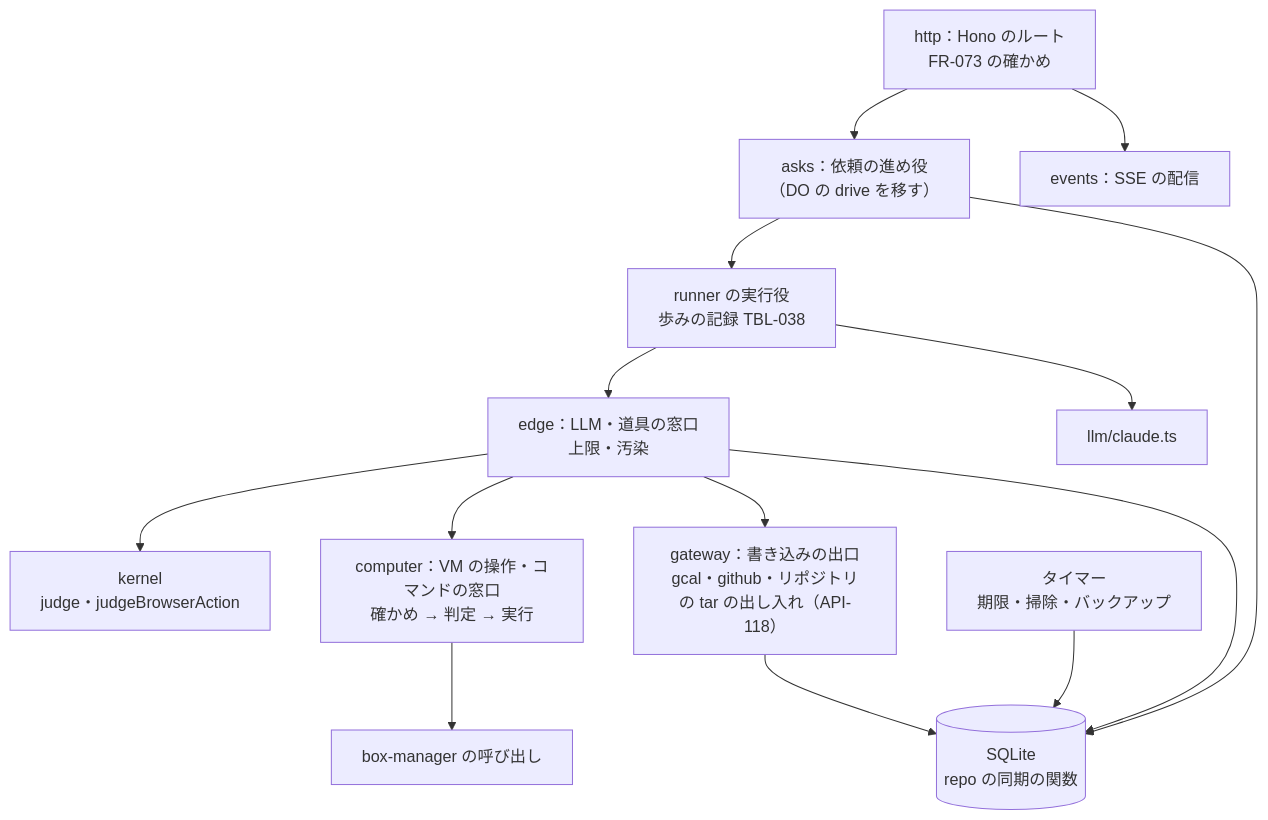
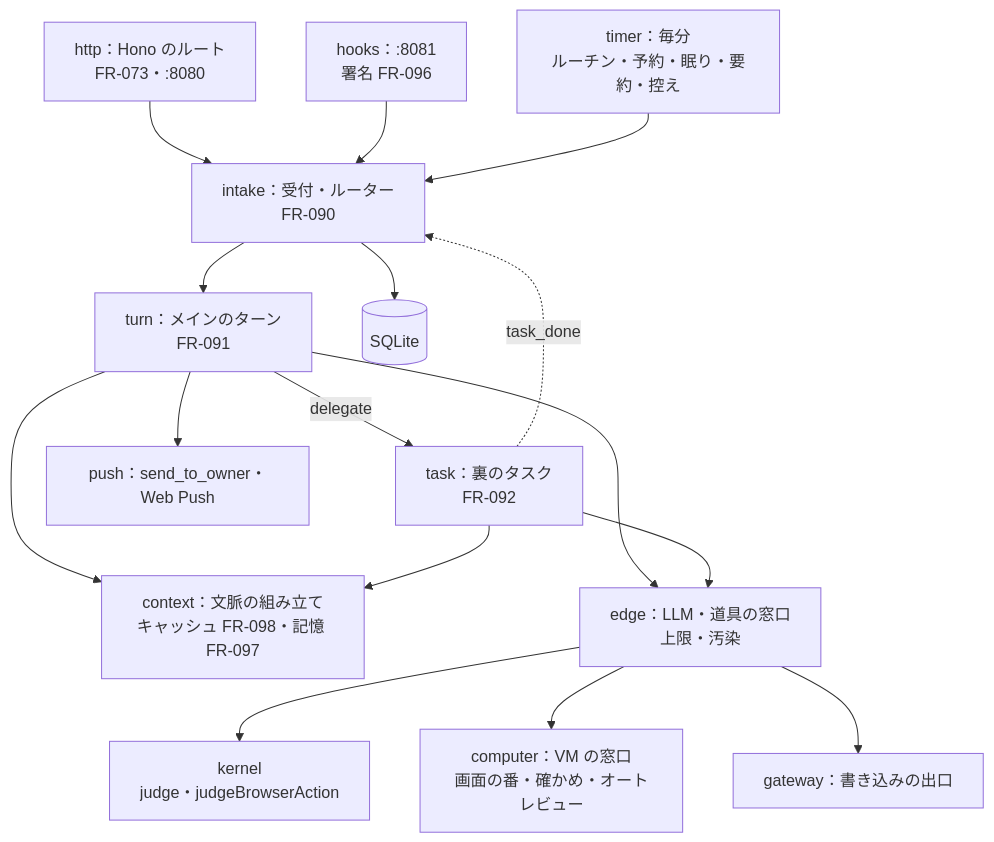
One commit to itiwoja/agent-team changed the third of 3 diagrams in docs/design/07_architecture.md. Above: the diagram before and after it, drawn with Mermaid. The commit also changed other lines of this file and 25 other files, not shown here.

````diff
--- a/docs/design/07_architecture.md
+++ b/docs/design/07_architecture.md
@@ -75,16 +83,18 @@
 ```mermaid
 flowchart TB
- HTTP["http：Hono のルート<br/>FR-073 の確かめ"] --> DRV["asks：依頼の進め役<br/>（DO の drive を移す）"]
- HTTP --> SSE["events：SSE の配信"]
- DRV --> RUN["runner の実行役<br/>歩みの記録 TBL-038"]
- RUN --> EDGE["edge：LLM・道具の窓口<br/>上限・汚染"]
+ HTTP["http：Hono のルート<br/>FR-073・:8080"] --> IN["intake：受付・ルーター<br/>FR-090"]
+ HOOK["hooks：:8081<br/>署名 FR-096"] --> IN
+ TMR["timer：毎分<br/>ルーチン・予約・眠り・要約・控え"] --> IN
+ IN --> TURN["turn：メインのターン<br/>FR-091"]
+ TURN -->|"delegate"| TASK["task：裏のタスク<br/>FR-092"]
+ TASK -.->|"task_done"| IN
+ TURN --> CTX["context：文脈の組み立て<br/>キャッシュ FR-098・記憶 FR-097"]
+ TASK --> CTX
+ TURN --> EDGE["edge：LLM・道具の窓口<br/>上限・汚染"]
+ TASK --> EDGE
  EDGE --> K["kernel<br/>judge・judgeBrowserAction"]
- EDGE --> CU["computer：VM の操作・コマンドの窓口<br/>確かめ → 判定 → 実行"]
- CU --> BMC["box-manager の呼び出し"]
- EDGE --> GW["gateway：書き込みの出口<br/>gcal・github・リポジトリの tar の出し入れ（API-118）"]
- RUN --> LLM["llm/claude.ts"]
- TMR["タイマー<br/>期限・掃除・バックアップ"] --> DB
- DRV --> DB[("SQLite<br/>repo の同期の関数")]
- EDGE --> DB
- GW --> DB
+ EDGE --> CU["computer：VM の窓口<br/>画面の番・確かめ・オートレビュー"]
+ EDGE --> GW["gateway：書き込みの出口"]
+ TURN --> PUSH["push：send_to_owner・Web Push"]
+ IN --> DB[("SQLite")]
 ```
````
